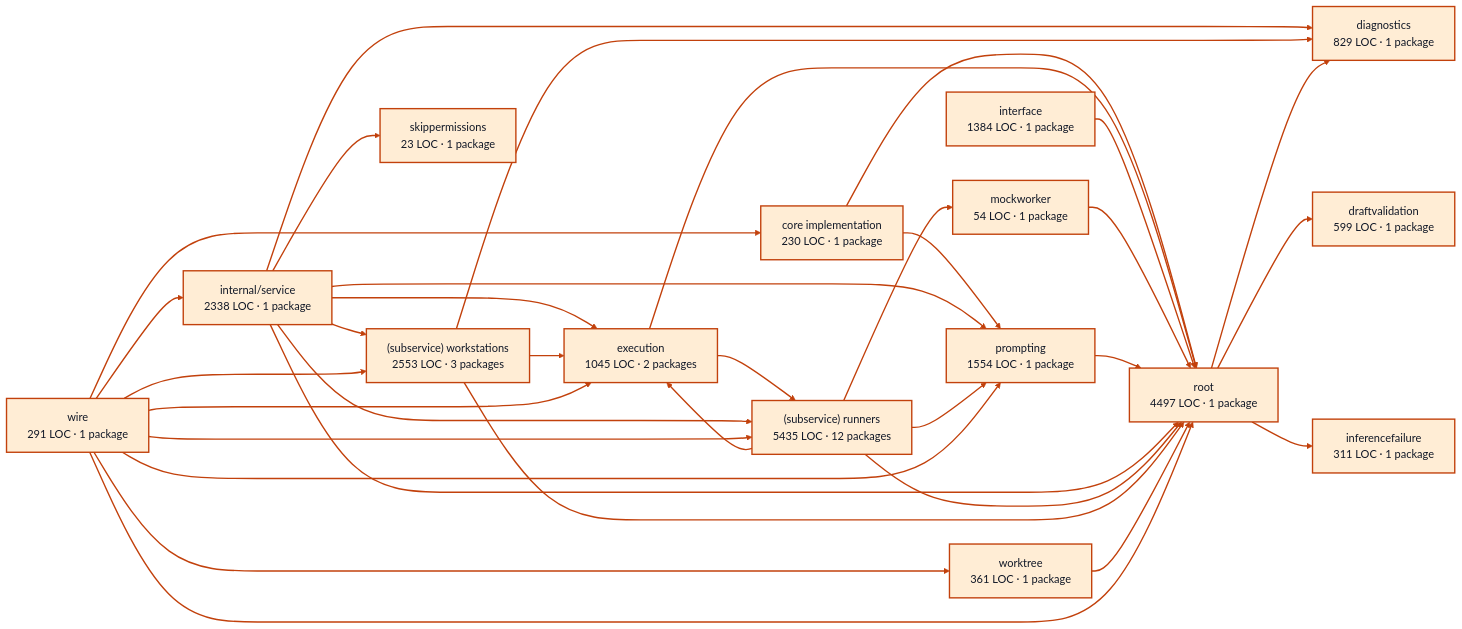
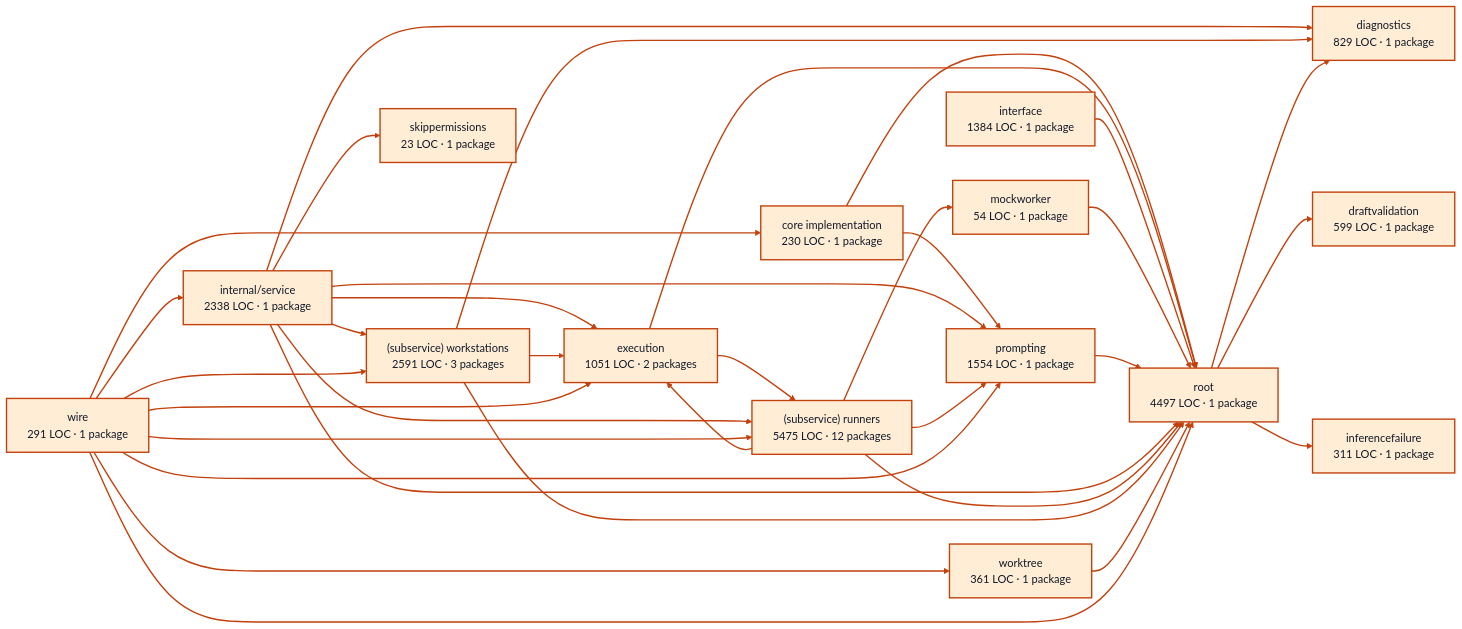
The diagram in docs/architecture/visualizations/services/workers.md (portpowered/you-agent-factory), drawn with Mermaid (forest theme) before and after one commit. The commit also changed other lines of this file and 20 other files, not shown here.

Commit message:
docs: refresh backend architecture visualizations

````diff
--- a/docs/architecture/visualizations/services/workers.md
+++ b/docs/architecture/visualizations/services/workers.md
@@ -11,67 +11,67 @@
 ```mermaid
 flowchart LR
   p0["core implementation<br/>230 LOC · 1 package"]
   p1["diagnostics<br/>829 LOC · 1 package"]
   p2["draftvalidation<br/>599 LOC · 1 package"]
-  p3["execution<br/>1045 LOC · 2 packages"]
+  p3["execution<br/>1051 LOC · 2 packages"]
   p4["inferencefailure<br/>311 LOC · 1 package"]
   p5["interface<br/>1384 LOC · 1 package"]
   p6["mockworker<br/>54 LOC · 1 package"]
   p7["prompting<br/>1554 LOC · 1 package"]
   p8["internal/service<br/>2338 LOC · 1 package"]
-  p9["(subservice) runners<br/>5435 LOC · 12 packages"]
-  p10["(subservice) workstations<br/>2553 LOC · 3 packages"]
+  p9["(subservice) runners<br/>5475 LOC · 12 packages"]
+  p10["(subservice) workstations<br/>2591 LOC · 3 packages"]
   p11["skippermissions<br/>23 LOC · 1 package"]
   p12["worktree<br/>361 LOC · 1 package"]
   p13["root<br/>4497 LOC · 1 package"]
   p14["wire<br/>291 LOC · 1 package"]
   p0 --> p7
   p0 --> p13
   p3 --> p9
   p3 --> p13
   p5 --> p13
   p6 --> p13
   p7 --> p13
   p8 --> p1
   p8 --> p3
   p8 --> p7
   p8 --> p9
   p8 --> p10
   p8 --> p11
   p8 --> p13
   p9 --> p3
   p9 --> p6
   p9 --> p7
   p9 --> p13
   p10 --> p1
   p10 --> p3
   p10 --> p13
   p12 --> p13
   p13 --> p1
   p13 --> p2
   p13 --> p4
   p14 --> p0
   p14 --> p3
   p14 --> p7
   p14 --> p8
   p14 --> p9
   p14 --> p10
   p14 --> p12
   p14 --> p13
   style p0 fill:#ffedd5,stroke:#c2410c,stroke-width:2px,color:#111827
   style p1 fill:#ffedd5,stroke:#c2410c,stroke-width:2px,color:#111827
   style p2 fill:#ffedd5,stroke:#c2410c,stroke-width:2px,color:#111827
   style p3 fill:#ffedd5,stroke:#c2410c,stroke-width:2px,color:#111827
   style p4 fill:#ffedd5,stroke:#c2410c,stroke-width:2px,color:#111827
   style p5 fill:#ffedd5,stroke:#c2410c,stroke-width:2px,color:#111827
   style p6 fill:#ffedd5,stroke:#c2410c,stroke-width:2px,color:#111827
   style p7 fill:#ffedd5,stroke:#c2410c,stroke-width:2px,color:#111827
   style p8 fill:#ffedd5,stroke:#c2410c,stroke-width:2px,color:#111827
   style p9 fill:#ffedd5,stroke:#c2410c,stroke-width:2px,color:#111827
   style p10 fill:#ffedd5,stroke:#c2410c,stroke-width:2px,color:#111827
   style p11 fill:#ffedd5,stroke:#c2410c,stroke-width:2px,color:#111827
   style p12 fill:#ffedd5,stroke:#c2410c,stroke-width:2px,color:#111827
   style p13 fill:#ffedd5,stroke:#c2410c,stroke-width:2px,color:#111827
   style p14 fill:#ffedd5,stroke:#c2410c,stroke-width:2px,color:#111827
   linkStyle default stroke:#c2410c,stroke-width:2px
 ```
````
